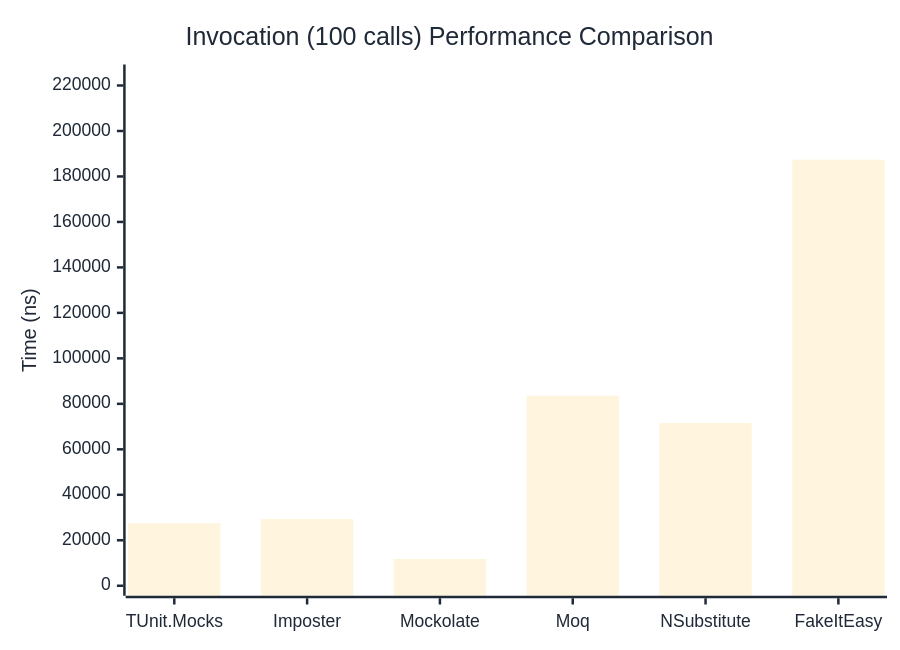
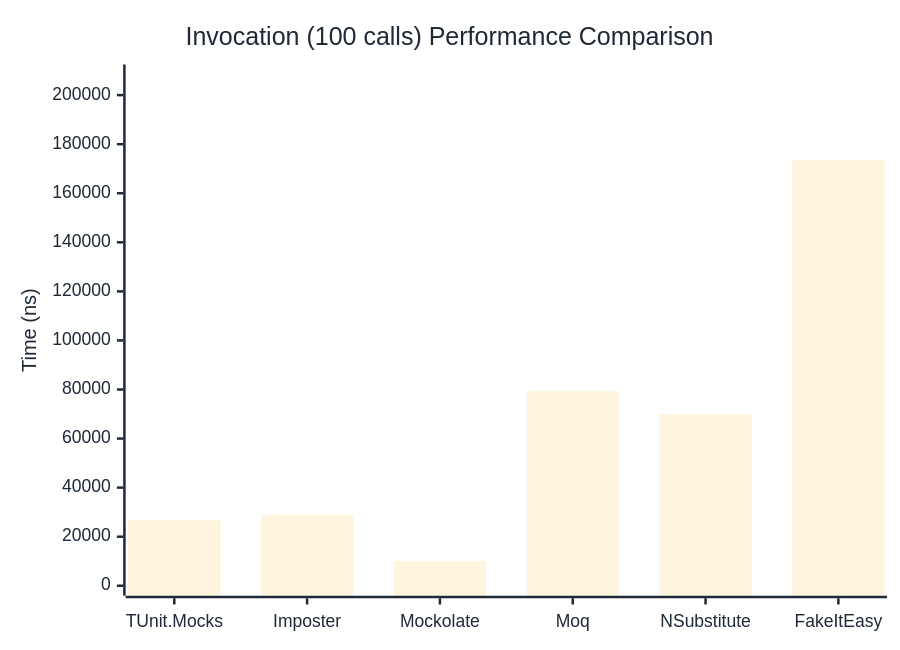
The third of 3 diagrams in docs/docs/benchmarks/mocks/Invocation.md (thomhurst/TUnit), drawn with Mermaid before and after one commit. The commit also changed other lines of this file and 14 other files, not shown here.

````diff
--- a/docs/docs/benchmarks/mocks/Invocation.md
+++ b/docs/docs/benchmarks/mocks/Invocation.md
@@ -112,27 +112,27 @@
 ```mermaid
 %%{init: {
   'theme':'base',
   'themeVariables': {
     'primaryColor': '#2563eb',
     'primaryTextColor': '#1f2937',
     'primaryBorderColor': '#1e40af',
     'lineColor': '#6b7280',
     'secondaryColor': '#7c3aed',
     'tertiaryColor': '#dc2626',
     'background': '#ffffff',
     'pie1': '#2563eb',
     'pie2': '#7c3aed',
     'pie3': '#dc2626',
     'pie4': '#f59e0b',
     'pie5': '#10b981',
     'pie6': '#06b6d4',
     'pie7': '#ec4899',
     'pie8': '#6366f1'
   }
 }}%%
 xychart-beta
   title "Invocation (100 calls) Performance Comparison"
   x-axis ["TUnit.Mocks", "Imposter", "Mockolate", "Moq", "NSubstitute", "FakeItEasy"]
-  y-axis "Time (ns)" 0 --> 224838
-  bar [27485.1, 29372.1, 11747.4, 83572.4, 71612.5, 187364.3]
+  y-axis "Time (ns)" 0 --> 208400
+  bar [26706.83, 28896.4, 9949.26, 79311.23, 69908.29, 173665.99]
 ```
````
